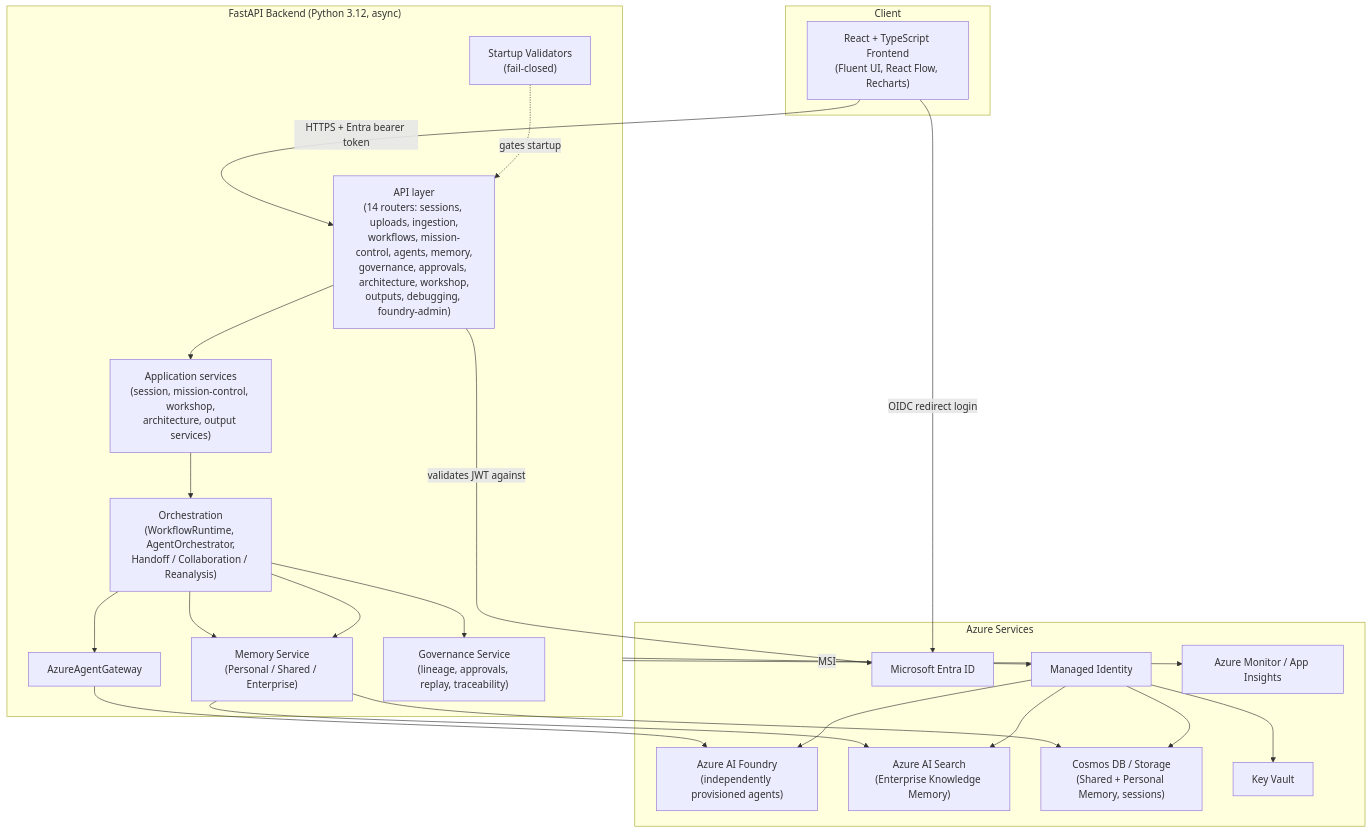
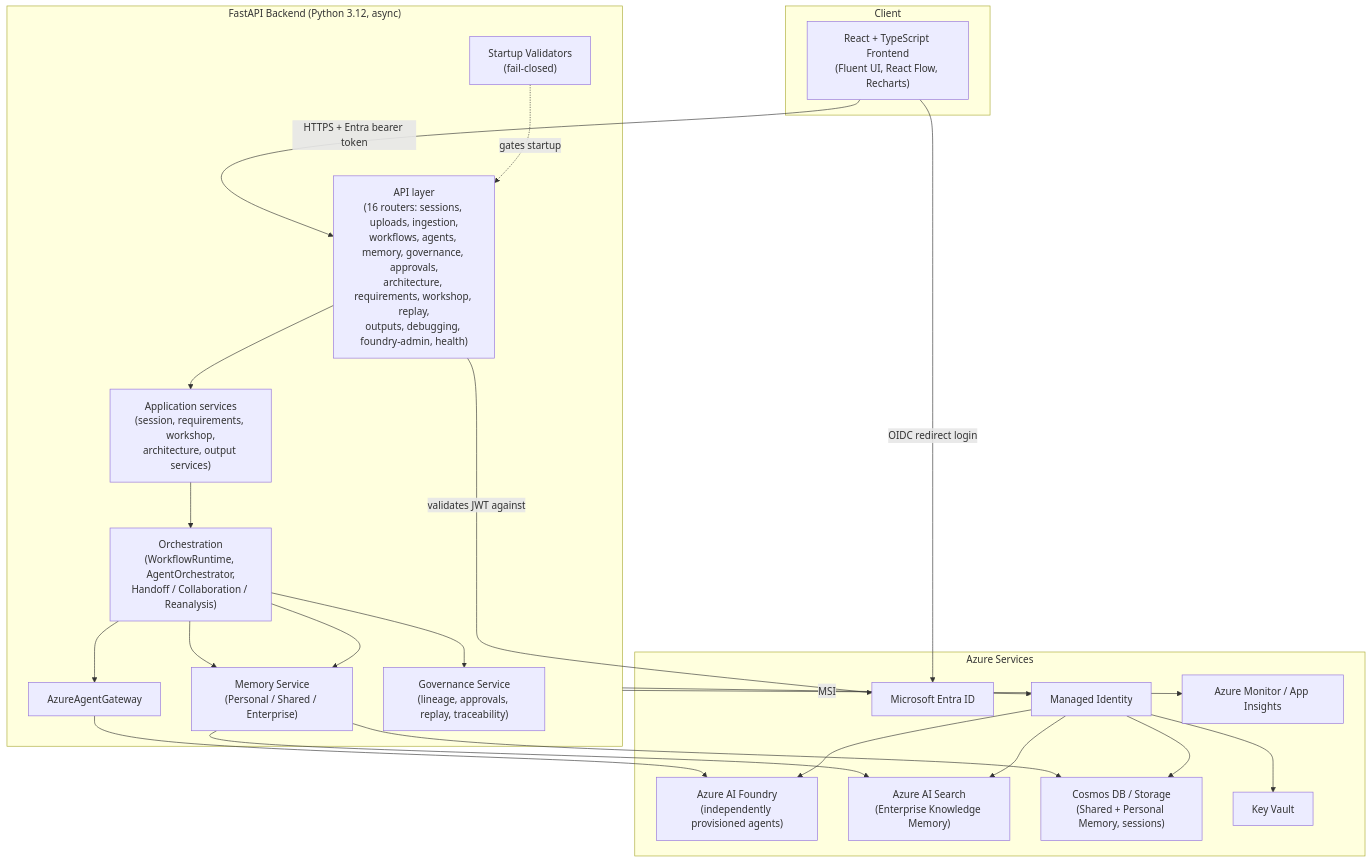
Before and after one commit to raviganesh-ai/genie-agentic-platform: the diagram in README.md, drawn with Mermaid. The commit also changed other lines of this file and 110 other files, not shown here.

````diff
--- a/README.md
+++ b/README.md
@@ -33,42 +33,42 @@
 ```mermaid
 flowchart TB
     subgraph Client
         FE["React + TypeScript Frontend\n(Fluent UI, React Flow, Recharts)"]
     end
 
     subgraph Backend["FastAPI Backend (Python 3.12, async)"]
-        API["API layer\n(14 routers: sessions, uploads, ingestion,\nworkflows, mission-control, agents, memory,\ngovernance, approvals, architecture, workshop,\noutputs, debugging, foundry-admin)"]
-        SVC["Application services\n(session, mission-control, workshop,\narchitecture, output services)"]
+        API["API layer\n(16 routers: sessions, uploads, ingestion,\nworkflows, agents, memory, governance, approvals,\narchitecture, requirements, workshop, replay,\noutputs, debugging, foundry-admin, health)"]
+        SVC["Application services\n(session, requirements, workshop,\narchitecture, output services)"]
         ORCH["Orchestration\n(WorkflowRuntime, AgentOrchestrator,\nHandoff / Collaboration / Reanalysis)"]
         GW["AzureAgentGateway"]
         MEM["Memory Service\n(Personal / Shared / Enterprise)"]
         GOV["Governance Service\n(lineage, approvals, replay, traceability)"]
         VAL["Startup Validators\n(fail-closed)"]
     end
 
     subgraph Azure["Azure Services"]
         FOUNDRY["Azure AI Foundry\n(independently provisioned agents)"]
         SEARCH["Azure AI Search\n(Enterprise Knowledge Memory)"]
         STORE["Cosmos DB / Storage\n(Shared + Personal Memory, sessions)"]
         KV["Key Vault"]
         ENTRA["Microsoft Entra ID"]
         MI["Managed Identity"]
         MON["Azure Monitor / App Insights"]
     end
 
     FE -- "HTTPS + Entra bearer token" --> API
     API --> SVC --> ORCH
     ORCH --> GW --> FOUNDRY
     ORCH --> MEM --> SEARCH
     ORCH --> MEM --> STORE
     ORCH --> GOV
     VAL -.->|"gates startup"| API
     Backend -- "MSI" --> MI
     MI --> KV
     MI --> FOUNDRY
     MI --> SEARCH
     MI --> STORE
     Backend --> MON
     FE -- "OIDC redirect login" --> ENTRA
     API -- "validates JWT against" --> ENTRA
 ```
````
